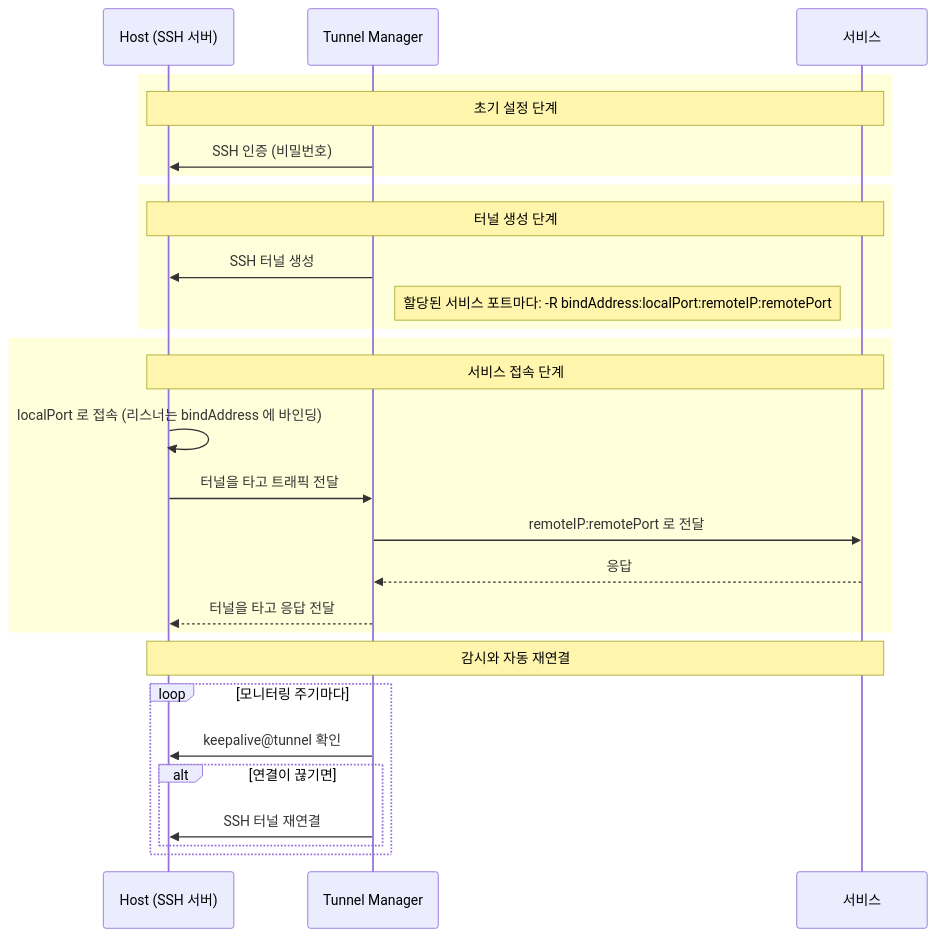
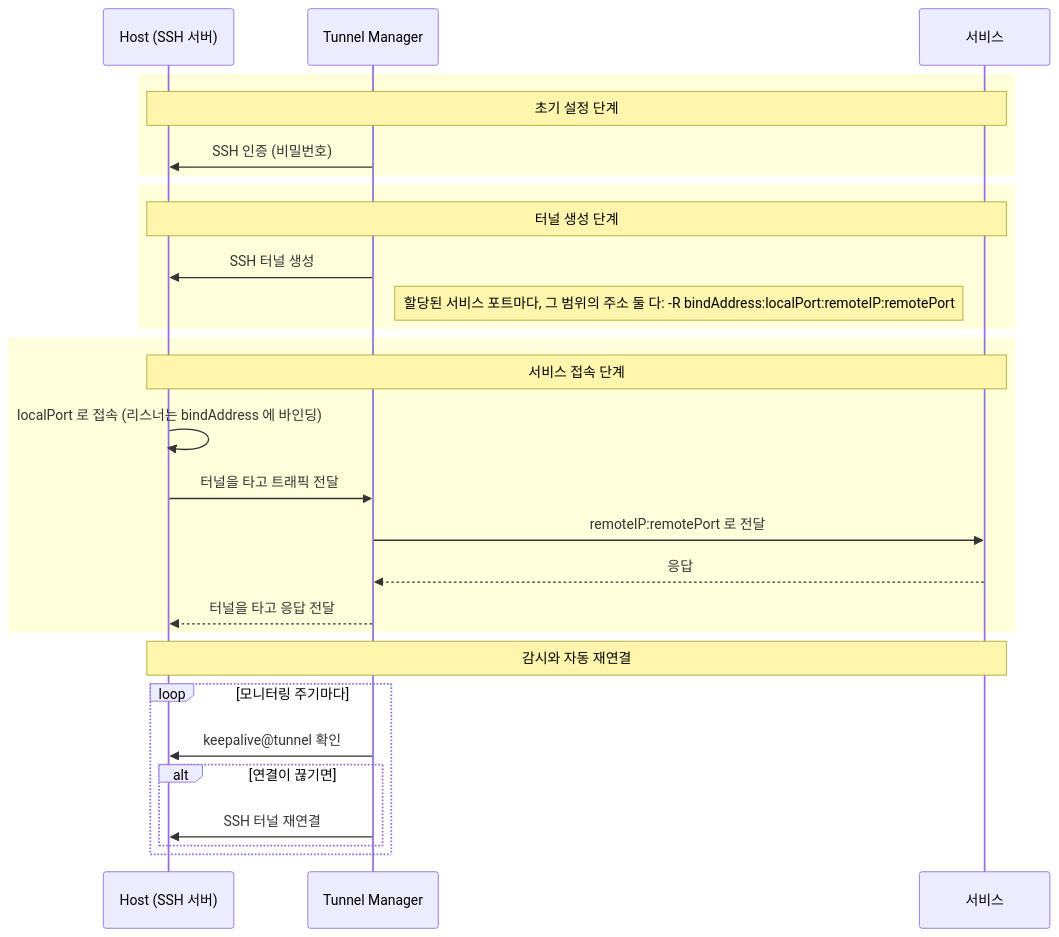
One commit to jollaman999/tunnel-manager changed the diagram in docs/reference.ko.md. Above: the diagram before and after it, drawn with Mermaid. The commit also changed other lines of this file and 3 other files, not shown here.

````diff
--- a/docs/reference.ko.md
+++ b/docs/reference.ko.md
@@ -174,34 +202,34 @@
 ```mermaid
 sequenceDiagram
     participant Host as Host (SSH 서버)
     participant Bastion as Tunnel Manager
     participant WAS as 서비스
 
     rect rgb(255, 255, 220)
         Note over Host,WAS: 초기 설정 단계
         Bastion->>Host: SSH 인증 (비밀번호)
     end
 
     rect rgb(255, 255, 220)
         Note over Host,WAS: 터널 생성 단계
         Bastion->>Host: SSH 터널 생성
-        Note right of Bastion: 할당된 서비스 포트마다: -R bindAddress:localPort:remoteIP:remotePort
+        Note right of Bastion: 할당된 서비스 포트마다, 그 범위의 주소 둘 다: -R bindAddress:localPort:remoteIP:remotePort
     end
 
     rect rgb(255, 255, 220)
         Note over Host,WAS: 서비스 접속 단계
         Host->>Host: localPort 로 접속 (리스너는 bindAddress 에 바인딩)
         Host->>Bastion: 터널을 타고 트래픽 전달
         Bastion->>WAS: remoteIP:remotePort 로 전달
         WAS-->>Bastion: 응답
         Bastion-->>Host: 터널을 타고 응답 전달
     end
 
     Note over Host,WAS: 감시와 자동 재연결
     loop 모니터링 주기마다
         Bastion->>Host: keepalive@tunnel 확인
         alt 연결이 끊기면
             Bastion->>Host: SSH 터널 재연결
         end
     end
 ```
````
